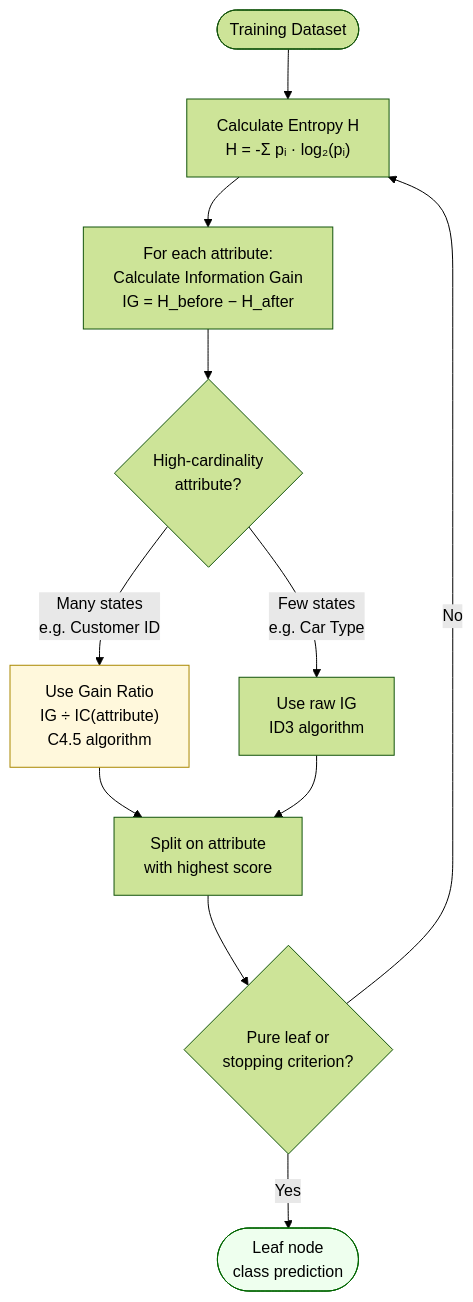
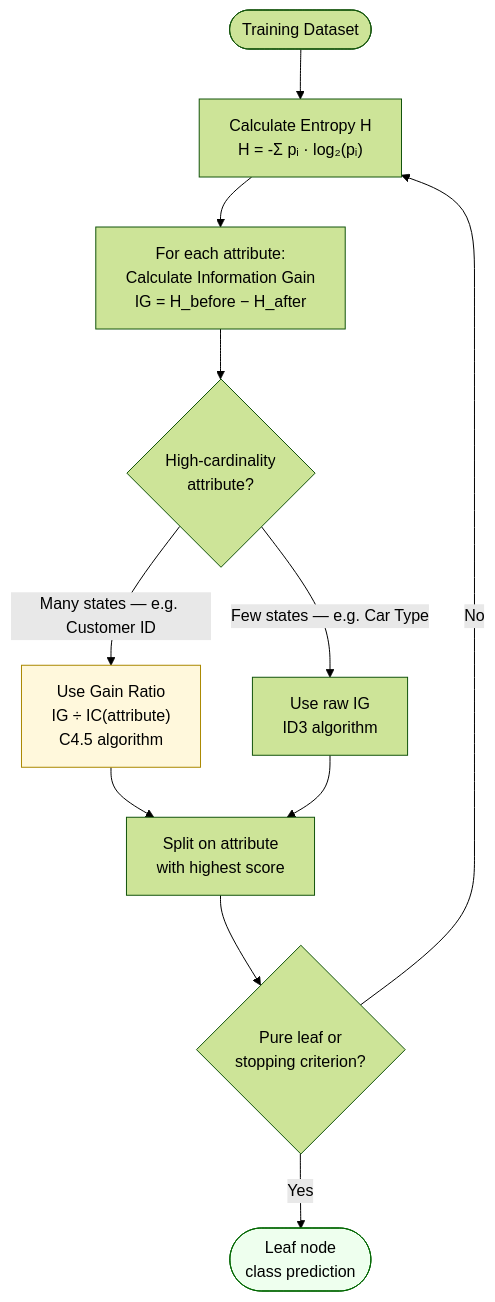
The diagram in content/concepts/decision-trees.md (sanjaygupta-professional/dba-kb), drawn with Mermaid (forest theme) before and after one commit. The commit also changed 2 other files, not shown here.

Commit message:
wiki update 2026-04-14 23:32

````diff
--- a/content/concepts/decision-trees.md
+++ b/content/concepts/decision-trees.md
@@ -45,15 +45,15 @@
 ```mermaid
 flowchart TD
-    A([Training Dataset]) --> B["Calculate Entropy H\nH = -Σ pᵢ · log₂(pᵢ)"]
-    B --> C["For each attribute:\nCalculate Information Gain\nIG = H_before − H_after"]
-    C --> D{High-cardinality\nattribute?}
-    D -->|"Many states\ne.g. Customer ID"| E["Use Gain Ratio\nIG ÷ IC(attribute)\nC4.5 algorithm"]
-    D -->|"Few states\ne.g. Car Type"| F["Use raw IG\nID3 algorithm"]
-    E & F --> G["Split on attribute\nwith highest score"]
-    G --> H{Pure leaf or\nstopping criterion?}
+    A([Training Dataset]) --> B["Calculate Entropy H<br/>H = -Σ pᵢ · log₂(pᵢ)"]
+    B --> C["For each attribute:<br/>Calculate Information Gain<br/>IG = H_before − H_after"]
+    C --> D{"High-cardinality<br/>attribute?"}
+    D -->|"Many states — e.g. Customer ID"| E["Use Gain Ratio<br/>IG ÷ IC(attribute)<br/>C4.5 algorithm"]
+    D -->|"Few states — e.g. Car Type"| F["Use raw IG<br/>ID3 algorithm"]
+    E & F --> G["Split on attribute<br/>with highest score"]
+    G --> H{"Pure leaf or<br/>stopping criterion?"}
     H -->|No| B
-    H -->|Yes| I(["Leaf node\nclass prediction"])
+    H -->|Yes| I(["Leaf node<br/>class prediction"])
 
     style E fill:#fff8dc,stroke:#aa8800
     style I fill:#efe,stroke:#060
 ```
````
